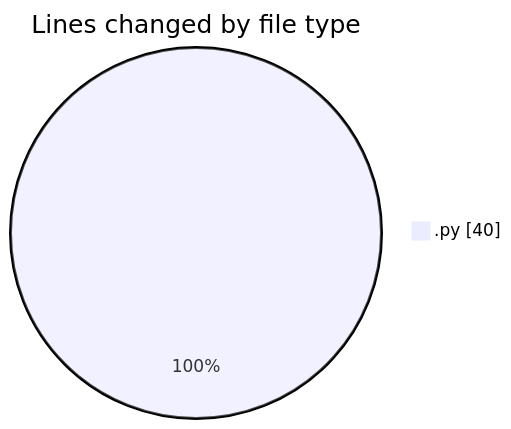
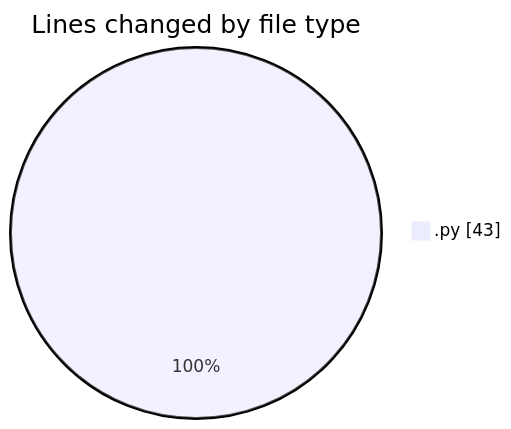
One commit to MatusMokan/code-tracking changed the first of 2 diagrams in 2025-04-20/myws__workspace_/README.md. Above: the diagram before and after it, drawn with Mermaid. The commit also changed other lines of this file and 1 other file, not shown here.

````diff
--- a/2025-04-20/myws__workspace_/README.md
+++ b/2025-04-20/myws__workspace_/README.md
@@ -20,5 +20,5 @@
 ```mermaid
 pie showData
 title Lines changed by file type
-".py" : 40
+".py" : 43
 ```
````
